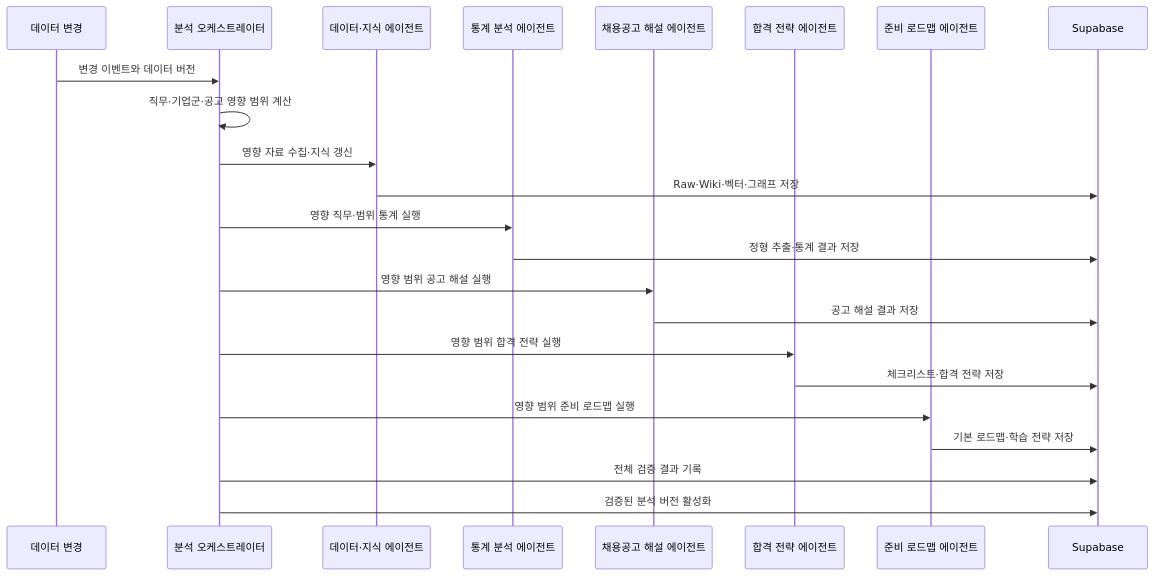
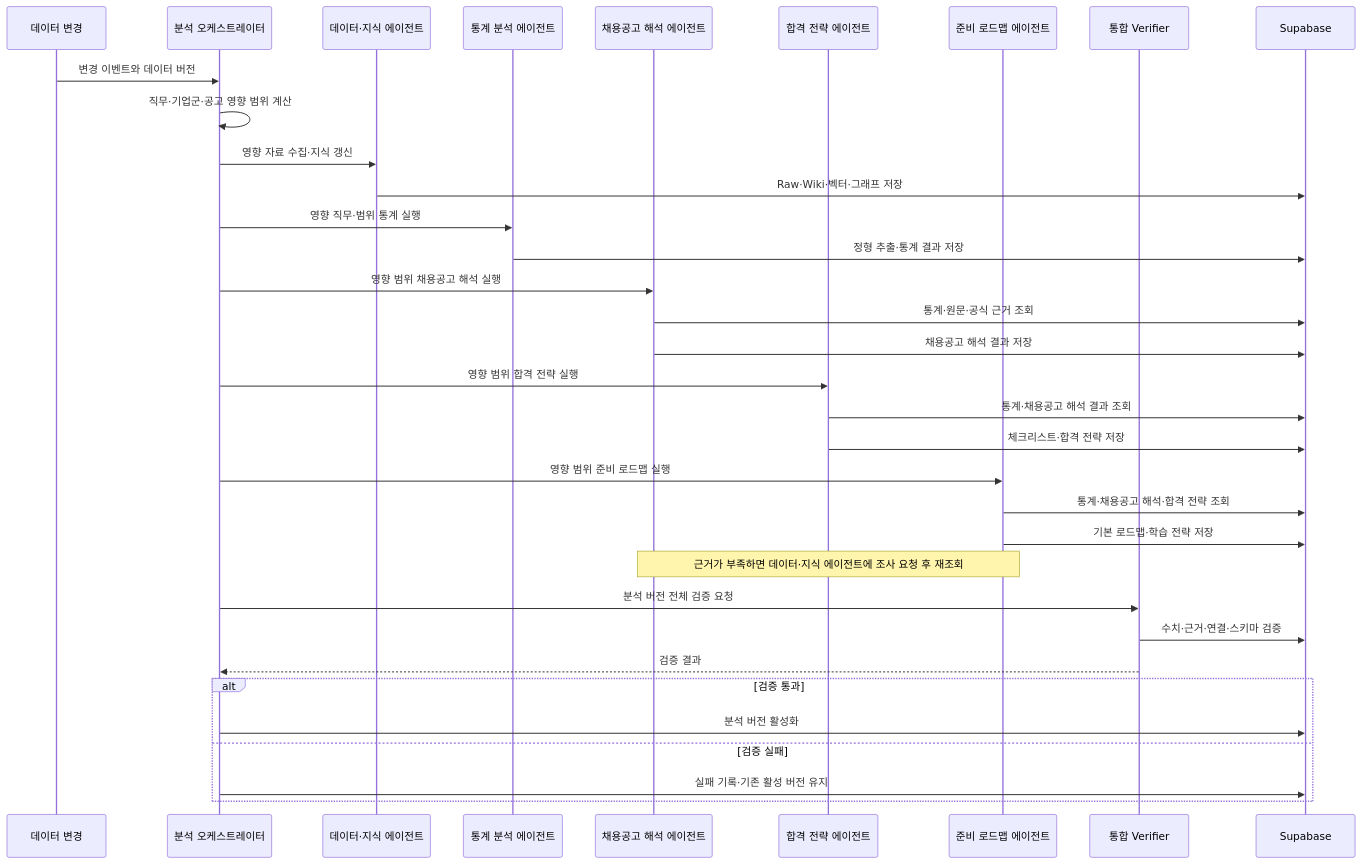
Before and after one commit to Mureung1/hub-showcase: the second of 4 diagrams in docs/architecture.md, drawn with Mermaid. The commit also changed other lines of this file and 9 other files, not shown here.

Commit message:
docs: rename posting interpretation and refine architecture

````diff
--- a/docs/architecture.md
+++ b/docs/architecture.md
@@ -108,26 +102,37 @@
 ```mermaid
 sequenceDiagram
     participant Source as 데이터 변경
     participant Orchestrator as 분석 오케스트레이터
     participant Knowledge as 데이터·지식 에이전트
-    participant Stat as 통계 분석 에이전트
-    participant Reverse as 채용공고 해설 에이전트
-    participant Condition as 합격 전략 에이전트
+    participant Statistics as 통계 분석 에이전트
+    participant Interpretation as 채용공고 해석 에이전트
+    participant Strategy as 합격 전략 에이전트
     participant Roadmap as 준비 로드맵 에이전트
+    participant Verifier as 통합 Verifier
     participant DB as Supabase
 
     Source->>Orchestrator: 변경 이벤트와 데이터 버전
     Orchestrator->>Orchestrator: 직무·기업군·공고 영향 범위 계산
     Orchestrator->>Knowledge: 영향 자료 수집·지식 갱신
     Knowledge->>DB: Raw·Wiki·벡터·그래프 저장
-    Orchestrator->>Stat: 영향 직무·범위 통계 실행
-    Stat->>DB: 정형 추출·통계 결과 저장
-    Orchestrator->>Reverse: 영향 범위 공고 해설 실행
-    Reverse->>DB: 공고 해설 결과 저장
-    Orchestrator->>Condition: 영향 범위 합격 전략 실행
-    Condition->>DB: 체크리스트·합격 전략 저장
+    Orchestrator->>Statistics: 영향 직무·범위 통계 실행
+    Statistics->>DB: 정형 추출·통계 결과 저장
+    Orchestrator->>Interpretation: 영향 범위 채용공고 해석 실행
+    Interpretation->>DB: 통계·원문·공식 근거 조회
+    Interpretation->>DB: 채용공고 해석 결과 저장
+    Orchestrator->>Strategy: 영향 범위 합격 전략 실행
+    Strategy->>DB: 통계·채용공고 해석 결과 조회
+    Strategy->>DB: 체크리스트·합격 전략 저장
     Orchestrator->>Roadmap: 영향 범위 준비 로드맵 실행
+    Roadmap->>DB: 통계·채용공고 해석·합격 전략 조회
     Roadmap->>DB: 기본 로드맵·학습 전략 저장
-    Orchestrator->>DB: 전체 검증 결과 기록
-    Orchestrator->>DB: 검증된 분석 버전 활성화
+    Note over Interpretation,Roadmap: 근거가 부족하면 데이터·지식 에이전트에 조사 요청 후 재조회
+    Orchestrator->>Verifier: 분석 버전 전체 검증 요청
+    Verifier->>DB: 수치·근거·연결·스키마 검증
+    Verifier-->>Orchestrator: 검증 결과
+    alt 검증 통과
+        Orchestrator->>DB: 분석 버전 활성화
+    else 검증 실패
+        Orchestrator->>DB: 실패 기록·기존 활성 버전 유지
+    end
 ```
````
